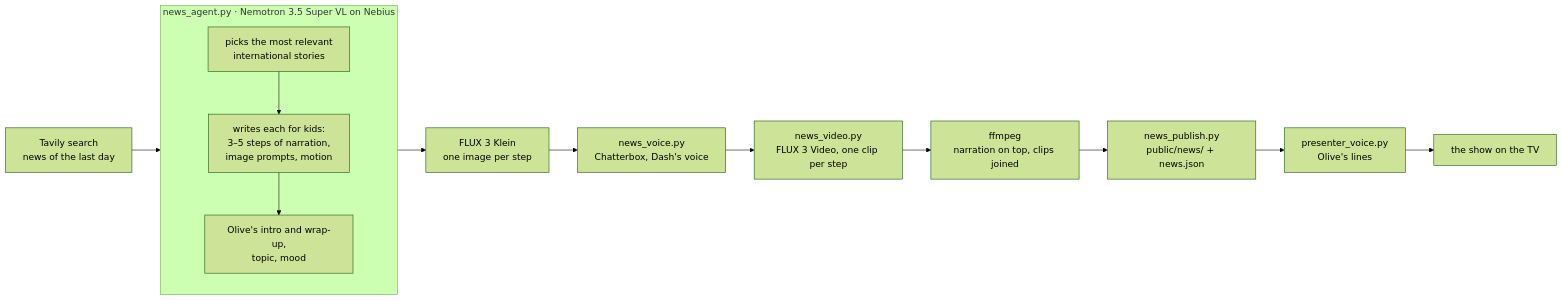
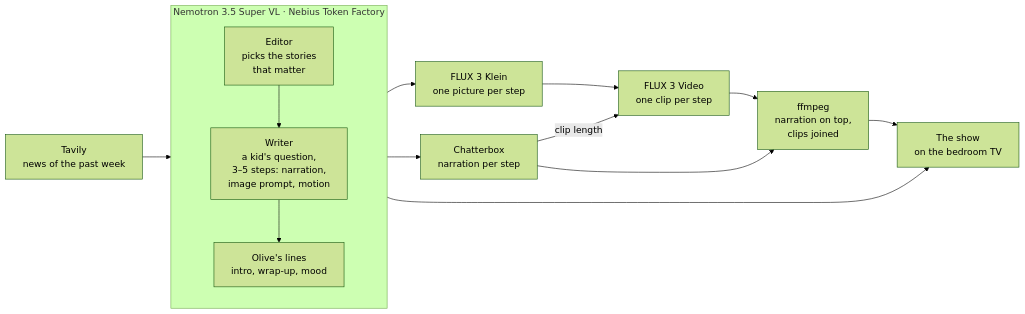
One commit to victordiaz/little-big-questions changed the first of 3 diagrams in README.md. Above: the diagram before and after it, drawn with Mermaid (forest theme). The commit also changed other lines of this file and 6 other files, not shown here.

````diff
--- a/README.md
+++ b/README.md
@@ -414,16 +52,17 @@
 ```mermaid
 flowchart LR
-    tavily["Tavily search<br/>news of the last day"] --> agent
-    subgraph agent["news_agent.py · Nemotron 3.5 Super VL on Nebius"]
+    tavily["Tavily<br/>news of the past week"] --> nemotron
+    subgraph nemotron["Nemotron 3.5 Super VL · Nebius Token Factory"]
         direction TB
-        pick["picks the most relevant<br/>international stories"] --> write["writes each for kids:<br/>3–5 steps of narration,<br/>image prompts, motion"]
-        write --> olive["Olive's intro and wrap-up,<br/>topic, mood"]
+        editor["Editor<br/>picks the stories<br/>that matter"] --> writer["Writer<br/>a kid's question,<br/>3–5 steps: narration,<br/>image prompt, motion"]
+        writer --> anchor["Olive's lines<br/>intro, wrap-up, mood"]
     end
-    agent --> klein["FLUX 3 Klein<br/>one image per step"]
-    klein --> voice["news_voice.py<br/>Chatterbox, Dash's voice"]
-    voice --> video["news_video.py<br/>FLUX 3 Video, one clip per step"]
-    video --> mux["ffmpeg<br/>narration on top, clips joined"]
-    mux --> publish["news_publish.py<br/>public/news/ + news.json"]
-    publish --> oliveVoice["presenter_voice.py<br/>Olive's lines"]
-    oliveVoice --> show["the show on the TV"]
+    nemotron --> klein["FLUX 3 Klein<br/>one picture per step"]
+    nemotron --> voice["Chatterbox<br/>narration per step"]
+    klein --> video["FLUX 3 Video<br/>one clip per step"]
+    voice -->|"clip length"| video
+    video --> edit["ffmpeg<br/>narration on top,<br/>clips joined"]
+    voice --> edit
+    edit --> show["The show<br/>on the bedroom TV"]
+    anchor --> show
 ```
````
